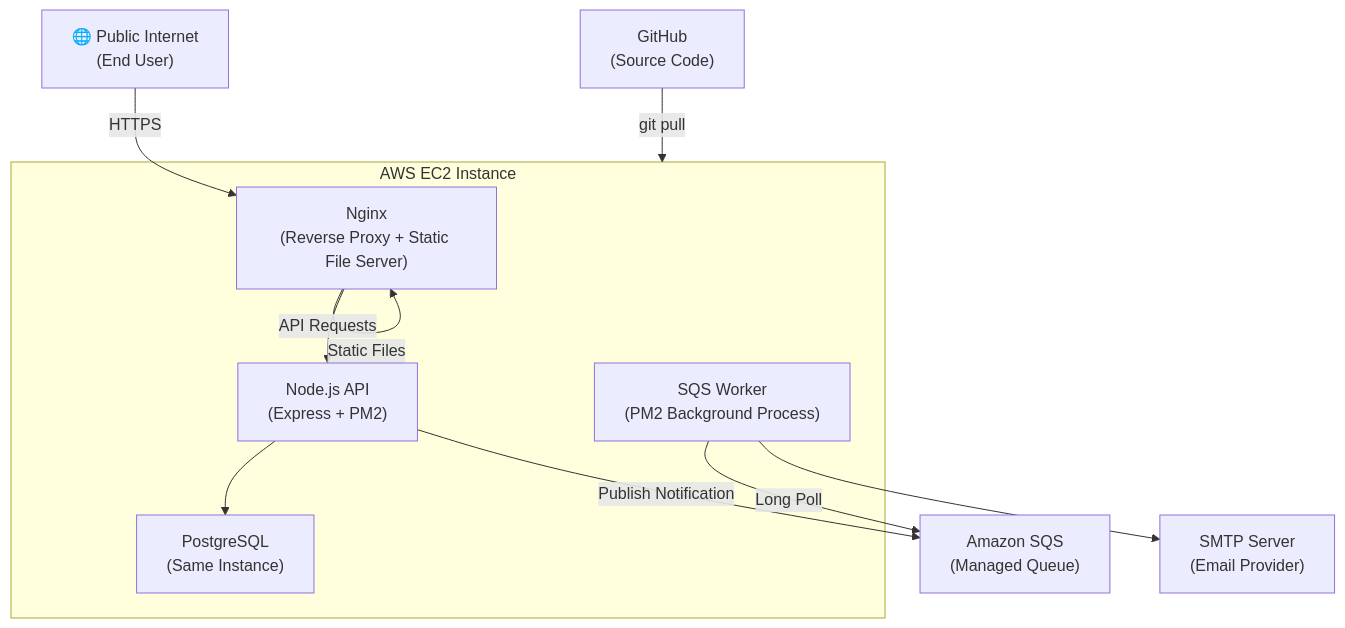
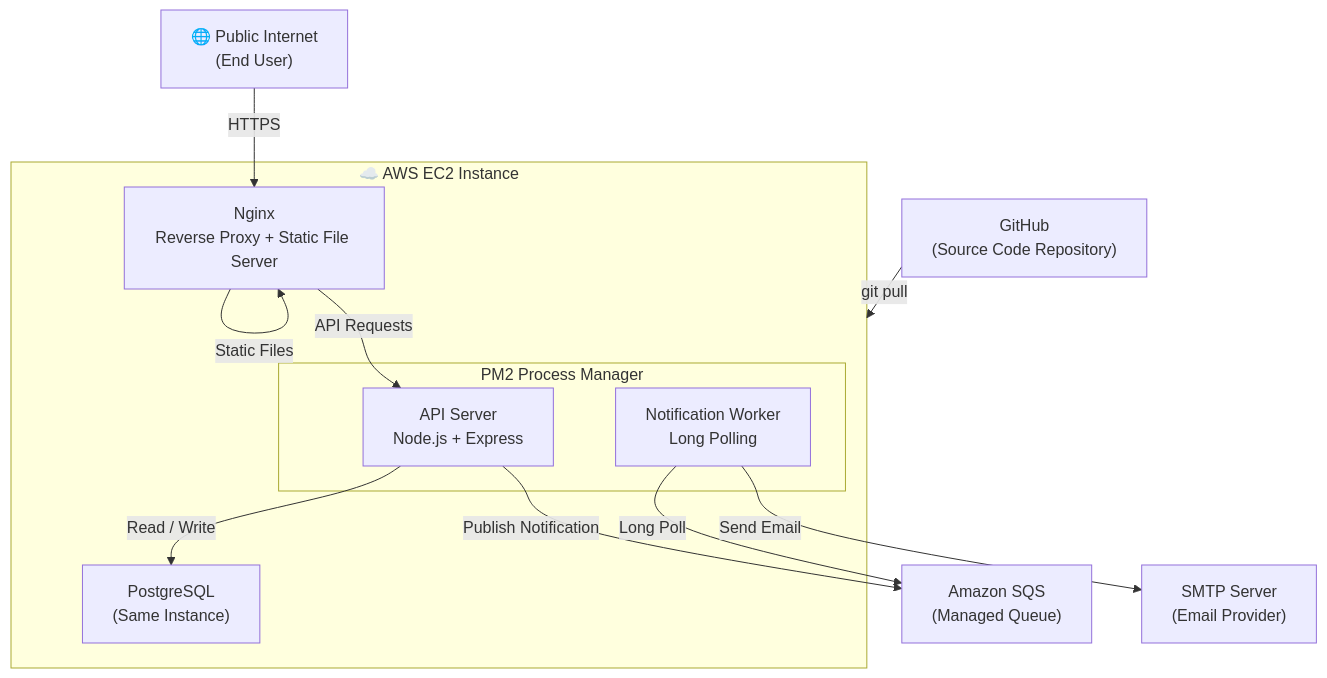
The third of 10 diagrams in docs/01-Architecure-Design.md (AmbyHasan/HMS), drawn with Mermaid before and after one commit. The commit also changed other lines of this file, not shown here.

Commit message:
Fix architecure doc

````diff
--- a/docs/01-Architecure-Design.md
+++ b/docs/01-Architecure-Design.md
@@ -158,24 +157,32 @@
 ```mermaid
 graph TD
-    Internet["🌐 Public Internet\n(End User)"]
+    Internet["🌐 Public Internet<br/>(End User)"]
 
-    subgraph EC2["AWS EC2 Instance"]
-        Nginx["Nginx\n(Reverse Proxy + Static File Server)"]
-        Node["Node.js API\n(Express + PM2)"]
-        PG["PostgreSQL\n(Same Instance)"]
-        Worker["SQS Worker\n(PM2 Background Process)"]
+    subgraph EC2["☁️ AWS EC2 Instance"]
+
+        Nginx["Nginx<br/>Reverse Proxy + Static File Server"]
+
+        subgraph PM2["PM2 Process Manager"]
+            API["API Server<br/>Node.js + Express"]
+            Worker["Notification Worker<br/>Long Polling"]
+        end
+
+        PG["PostgreSQL<br/>(Same Instance)"]
     end
 
-    SQS["Amazon SQS\n(Managed Queue)"]
-    SMTP["SMTP Server\n(Email Provider)"]
-    GH["GitHub\n(Source Code)"]
+    SQS["Amazon SQS<br/>(Managed Queue)"]
+    SMTP["SMTP Server<br/>(Email Provider)"]
+    GH["GitHub<br/>(Source Code Repository)"]
 
     Internet -->|HTTPS| Nginx
-    Nginx -->|API Requests| Node
+    Nginx -->|API Requests| API
     Nginx -->|Static Files| Nginx
-    Node --> PG
-    Node -->|Publish Notification| SQS
+
+    API -->|Read / Write| PG
+    API -->|Publish Notification| SQS
+
     Worker -->|Long Poll| SQS
-    Worker --> SMTP
+    Worker -->|Send Email| SMTP
+
     GH -->|git pull| EC2
 ```
````
